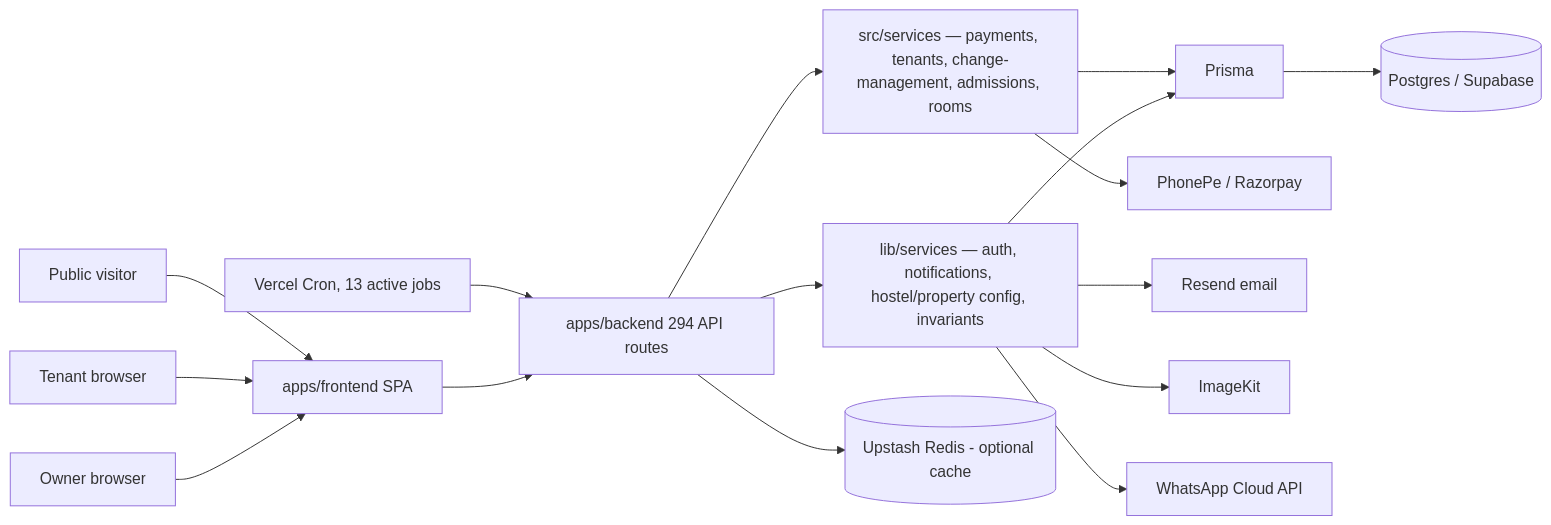
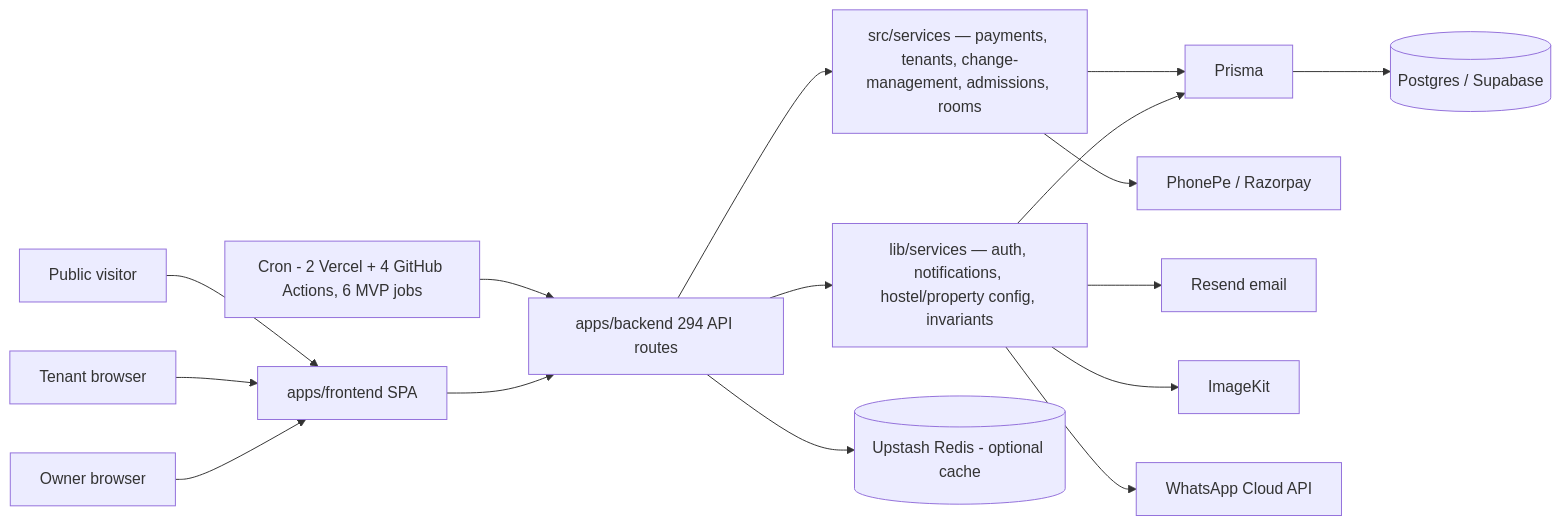
The first of 2 diagrams in docs/obsidian/Architecture.md (stayo-dev/stayo), drawn with Mermaid before and after one commit. The commit also changed 8 other files, not shown here.

````diff
--- a/docs/obsidian/Architecture.md
+++ b/docs/obsidian/Architecture.md
@@ -50,18 +50,18 @@
 ```mermaid
 graph LR
   Owner[Owner browser] --> FE[apps/frontend SPA]
   Tenant[Tenant browser] --> FE
   Visitor[Public visitor] --> FE
   FE --> API[apps/backend 294 API routes]
   API --> LibSvc[lib/services — auth, notifications, hostel/property config, invariants]
   API --> SrcSvc[src/services — payments, tenants, change-management, admissions, rooms]
   LibSvc --> Prisma
   SrcSvc --> Prisma
   Prisma --> PG[(Postgres / Supabase)]
   SrcSvc --> PhonePe[PhonePe / Razorpay]
   LibSvc --> Resend[Resend email]
   LibSvc --> ImageKit[ImageKit]
   LibSvc --> WhatsApp[WhatsApp Cloud API]
   API --> Redis[(Upstash Redis - optional cache)]
-  Cron[Vercel Cron, 13 active jobs] --> API
+  Cron[Cron - 2 Vercel + 4 GitHub Actions, 6 MVP jobs] --> API
 ```
````
